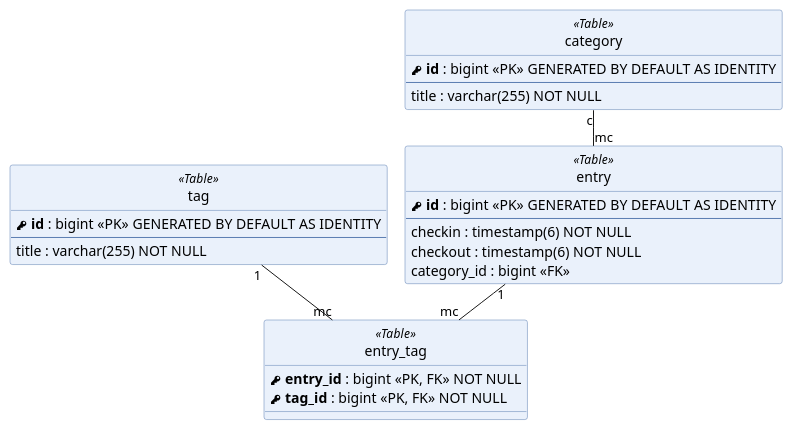
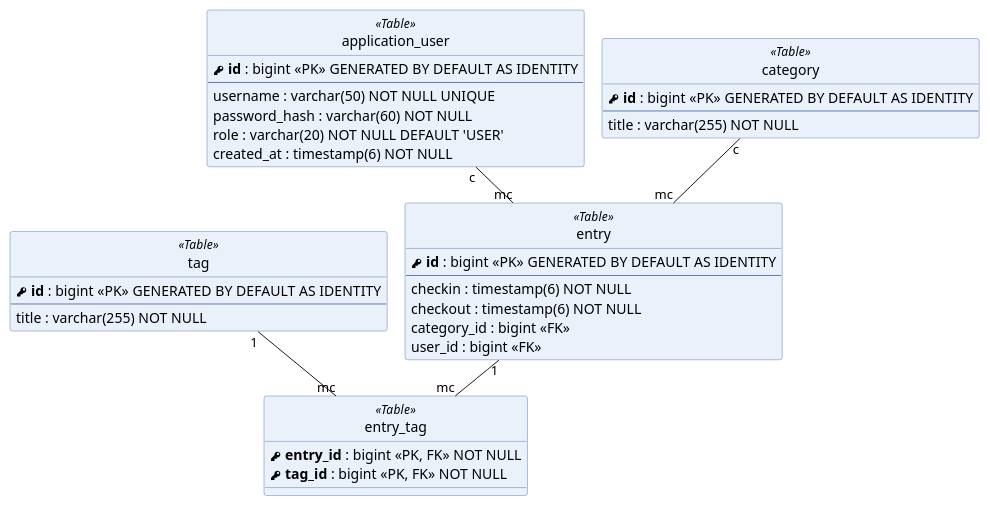
One commit to tobizhh/m223-punchclock-tobizhh changed the diagram in docs/diagrams/03-erd.puml. Above: the diagram before and after it, drawn with PlantUML. The commit also changed 28 other files, not shown here.

```diff
--- a/docs/diagrams/03-erd.puml
+++ b/docs/diagrams/03-erd.puml
@@ -1,39 +1,50 @@
 @startuml 03-erd
 !pragma layout smetana
 hide circle
 skinparam linetype ortho
 skinparam classAttributeIconSize 0
 skinparam class {
   BackgroundColor #EAF1FB
   BorderColor #5B7DB1
 }
 
 entity "entry" as entry <<Table>> {
   <&key> **id** : bigint <<PK>> GENERATED BY DEFAULT AS IDENTITY
   --
   checkin : timestamp(6) NOT NULL
   checkout : timestamp(6) NOT NULL
   category_id : bigint <<FK>>
+  user_id : bigint <<FK>>
+}
+
+entity "application_user" as application_user <<Table>> {
+  <&key> **id** : bigint <<PK>> GENERATED BY DEFAULT AS IDENTITY
+  --
+  username : varchar(50) NOT NULL UNIQUE
+  password_hash : varchar(60) NOT NULL
+  role : varchar(20) NOT NULL DEFAULT 'USER'
+  created_at : timestamp(6) NOT NULL
 }
 
 entity "category" as category <<Table>> {
   <&key> **id** : bigint <<PK>> GENERATED BY DEFAULT AS IDENTITY
   --
   title : varchar(255) NOT NULL
 }
 
 entity "tag" as tag <<Table>> {
   <&key> **id** : bigint <<PK>> GENERATED BY DEFAULT AS IDENTITY
   --
   title : varchar(255) NOT NULL
 }
 
 entity "entry_tag" as entry_tag <<Table>> {
   <&key> **entry_id** : bigint <<PK, FK>> NOT NULL
   <&key> **tag_id** : bigint <<PK, FK>> NOT NULL
 }
 
 category "c" -- "mc" entry
+application_user "c" -- "mc" entry
 entry "1" -- "mc" entry_tag
 tag "1" -- "mc" entry_tag
 @enduml
```
